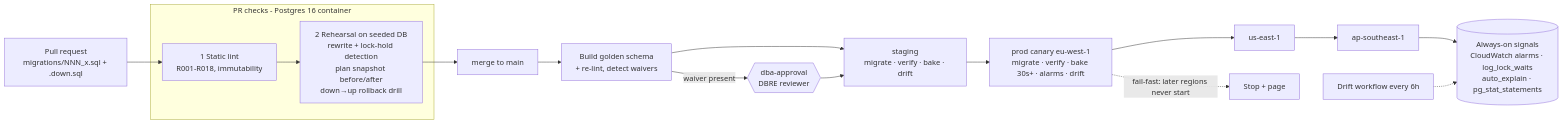
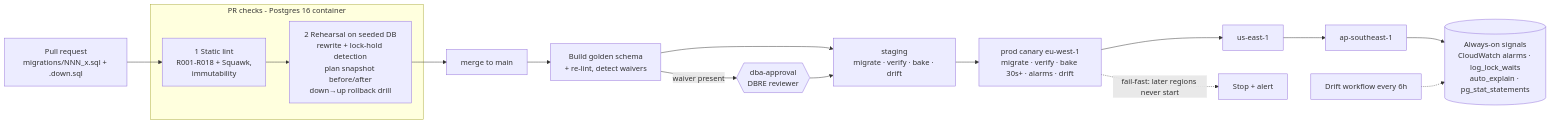
The diagram in README.md (dba1307/cloudnova-schema-pipeline), drawn with Mermaid before and after one commit.

Commit message:
Align Mermaid diagram with Squawk linter and Stop + alert behavior (#10)

````diff
--- a/README.md
+++ b/README.md
@@ -9,17 +9,17 @@
 ```mermaid
 flowchart LR
   PR[Pull request<br/>migrations/NNN_x.sql + .down.sql] --> S
   subgraph CI[PR checks - Postgres 16 container]
-    S[1 Static lint<br/>R001-R018, immutability] --> D[2 Rehearsal on seeded DB<br/>rewrite + lock-hold detection<br/>plan snapshot before/after<br/>down→up rollback drill]
+    S[1 Static lint<br/>R001-R018 + Squawk,<br/>immutability] --> D[2 Rehearsal on seeded DB<br/>rewrite + lock-hold detection<br/>plan snapshot before/after<br/>down→up rollback drill]
   end
   D --> M[merge to main]
   M --> G[Build golden schema<br/>+ re-lint, detect waivers]
   G -->|waiver present| A{{dba-approval<br/>DBRE reviewer}}
   G --> ST
   A --> ST[staging<br/>migrate · verify · bake · drift]
   ST --> C[prod canary eu-west-1<br/>migrate · verify · bake 30s+ · alarms · drift]
   C --> R1[us-east-1] --> R2[ap-southeast-1]
   R2 --> OBS[(Always-on signals<br/>CloudWatch alarms · log_lock_waits<br/>auto_explain · pg_stat_statements)]
   DR[Drift workflow every 6h] -.-> OBS
-  C -. fail-fast: later regions never start .-> X[Stop + page]
+  C -. fail-fast: later regions never start .-> X[Stop + alert]
 ```
````
